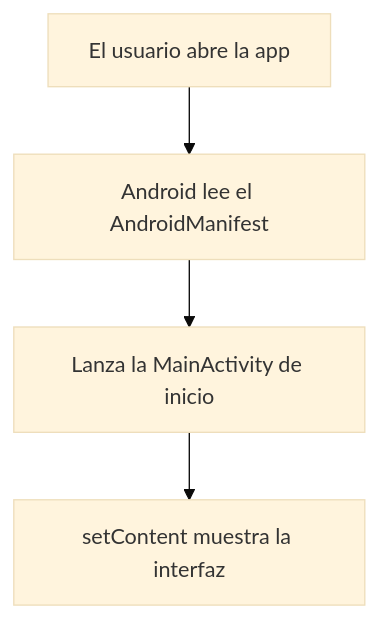
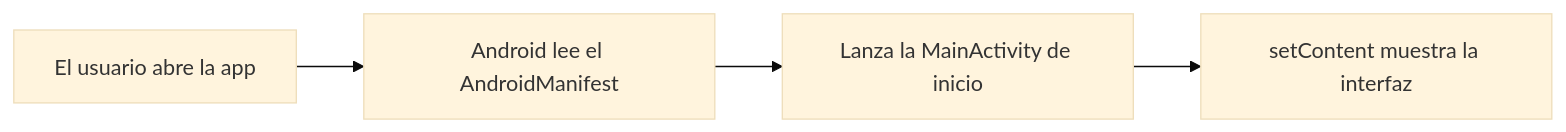
One commit to jmcandia/android-kotlin-desde-cero changed the diagram in docs/chapter25.md. Above: the diagram before and after it, drawn with Mermaid (base theme). The commit also changed other lines of this file and 14 other files, not shown here.

````diff
--- a/docs/chapter25.md
+++ b/docs/chapter25.md
@@ -131,6 +131,6 @@
 ```mermaid
-flowchart TB
+flowchart LR
     A[El usuario abre la app] --> B[Android lee el AndroidManifest]
     B --> C[Lanza la MainActivity de inicio]
     C --> D[setContent muestra la interfaz]
 ```
````
